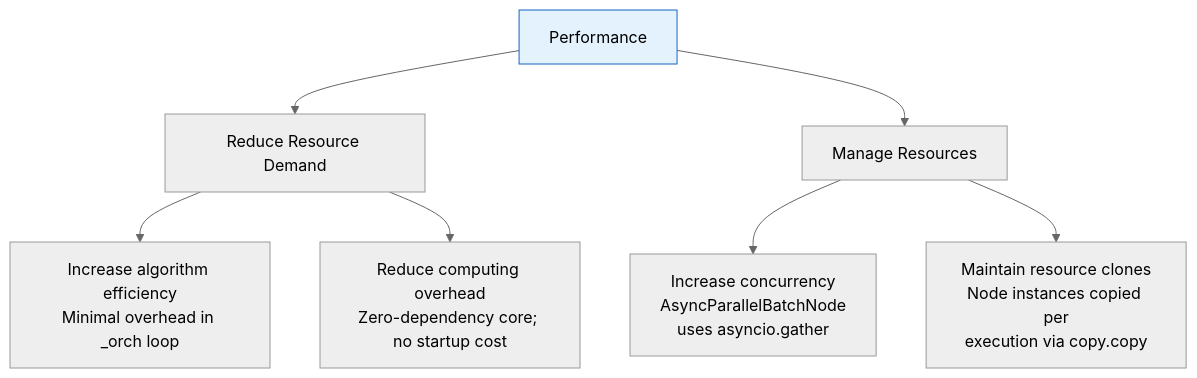
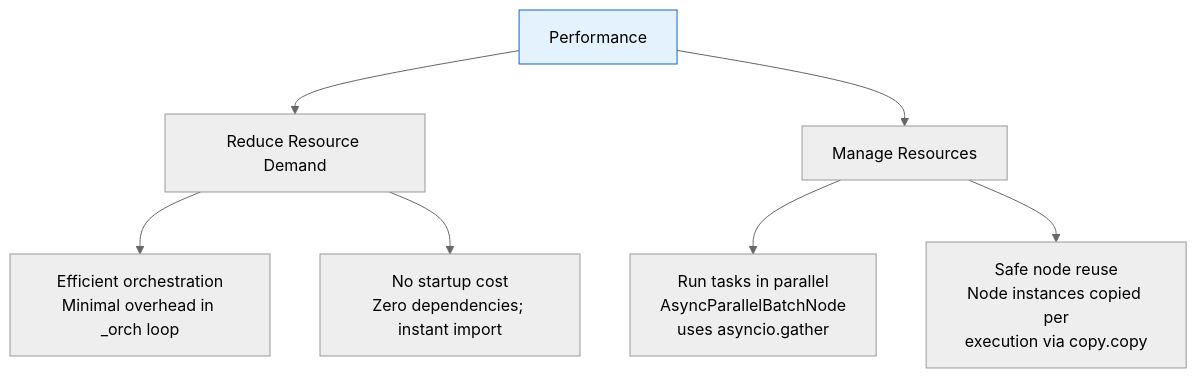
Diagram 21 of 23 in README.md (lauronjohn/PocketFlow-Minimalist-LLM-Agent-Framework), drawn with Mermaid (neutral theme) before and after one commit. The commit also changed other lines of this file, not shown here.

````diff
--- a/README.md
+++ b/README.md
@@ -1023,13 +1059,13 @@
 ```mermaid
 graph TD
     PERF["Performance"]
     PERF --> RD["Reduce Resource Demand"]
     PERF --> RM["Manage Resources"]
 
-    RD --> T1["Increase algorithm efficiency\nMinimal overhead in _orch loop"]
-    RD --> T2["Reduce computing overhead\nZero-dependency core; no startup cost"]
-    RM --> T3["Increase concurrency\nAsyncParallelBatchNode\nuses asyncio.gather"]
-    RM --> T4["Maintain resource clones\nNode instances copied per\nexecution via copy.copy"]
+    RD --> T1["Efficient orchestration\nMinimal overhead in _orch loop"]
+    RD --> T2["No startup cost\nZero dependencies; instant import"]
+    RM --> T3["Run tasks in parallel\nAsyncParallelBatchNode\nuses asyncio.gather"]
+    RM --> T4["Safe node reuse\nNode instances copied per\nexecution via copy.copy"]
 
     style PERF fill:#e3f2fd,stroke:#1565c0,color:#000
 ```
````
